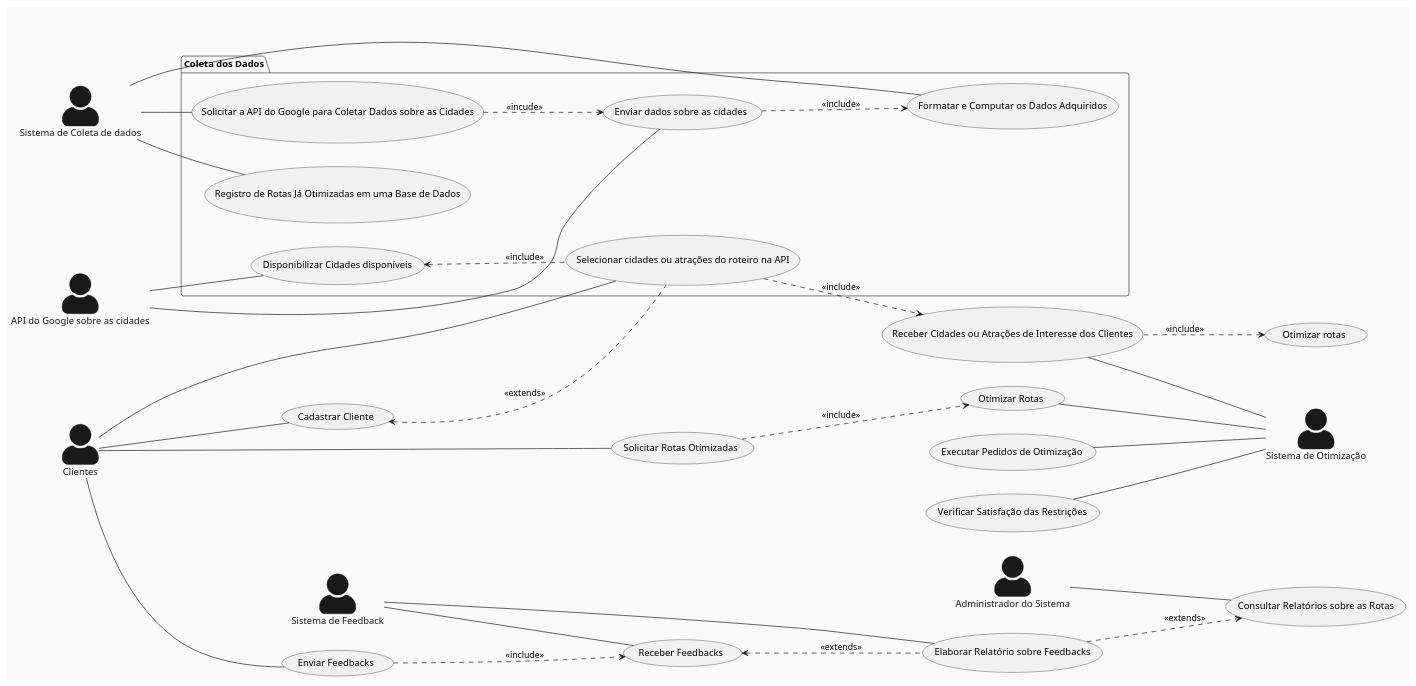
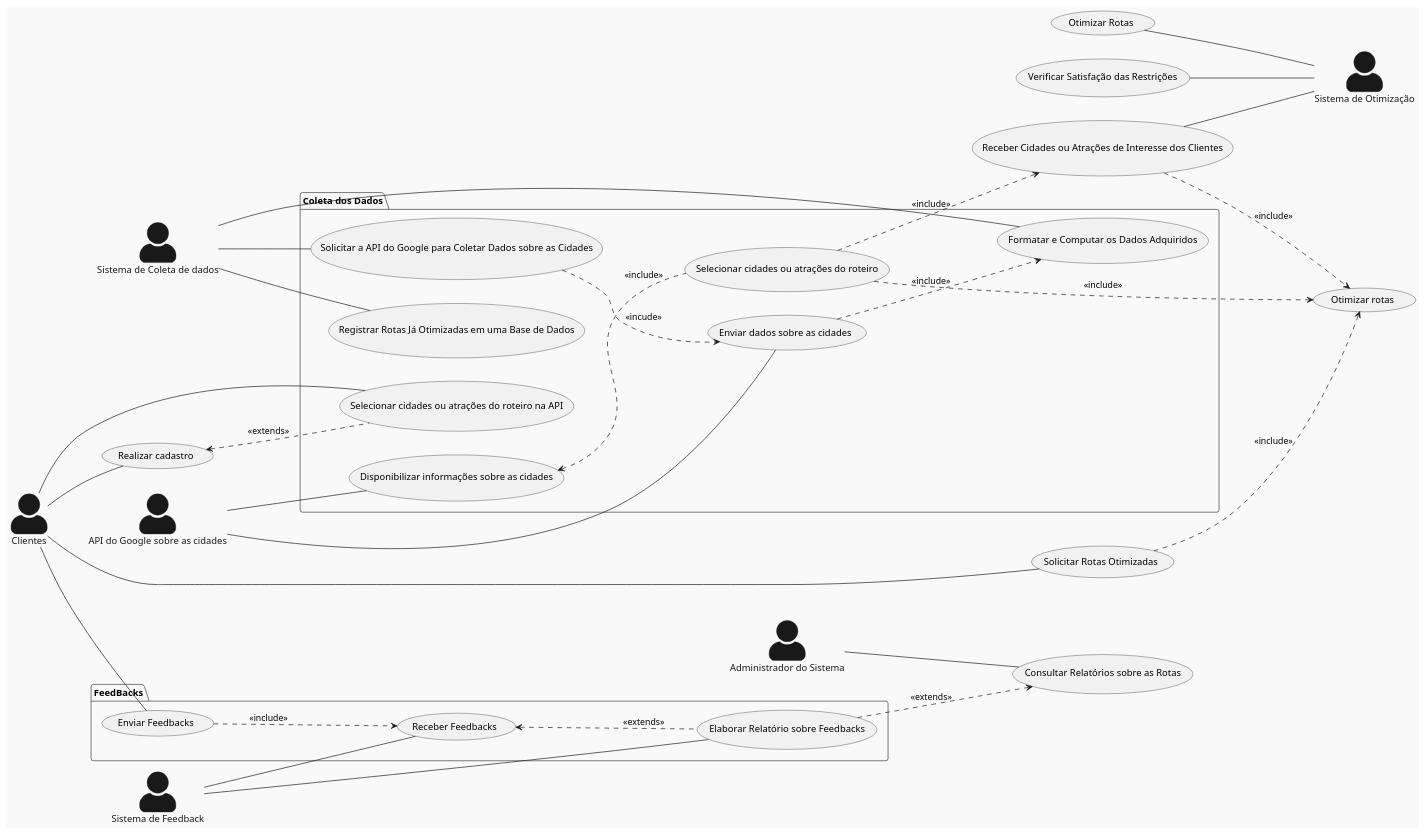
The diagram in Relatório/Semana-1/Diagramas/DCU.md (pedrodilallo/site_turismo_SIG), drawn with PlantUML before and after one commit. The commit also changed 1 other file, not shown here.

Commit message:
Mais correções DCU

```diff
--- a/Relatório/Semana-1/Diagramas/DCU.md
+++ b/Relatório/Semana-1/Diagramas/DCU.md
@@ -1,61 +1,67 @@
 @startuml
 skinparam actorStyle awesome
 !theme mars
 left to right direction
 
 actor "Clientes" as cliente
 actor "API do Google sobre as cidades" as API
 actor "Sistema de Otimização" as  otimizador
 actor "Administrador do Sistema" as sys_admin
 actor "Sistema de Feedback" as feedback
 actor "Sistema de Coleta de dados" as coletador
 
 package "Coleta dos Dados"{
 cliente -- (Selecionar cidades ou atrações do roteiro na API)
 
 coletador -- (Solicitar a API do Google para Coletar Dados sobre as Cidades)
-coletador -- (Registro de Rotas Já Otimizadas em uma Base de Dados)
+coletador -- (Registrar Rotas Já Otimizadas em uma Base de Dados)
 coletador -- (Formatar e Computar os Dados Adquiridos)
 API -- (Enviar dados sobre as cidades)
-API -- (Disponibilizar Cidades disponíveis)
-(Disponibilizar Cidades disponíveis) <.. (Selecionar cidades ou atrações do roteiro na API) : <<include>>
+API -- (Disponibilizar informações sobre as cidades)
+(Disponibilizar informações sobre as cidades) <.. (Selecionar cidades ou atrações do roteiro) : <<include>>
 
 
 }
 
 
-cliente -- (Cadastrar Cliente)
-cliente -- (Enviar Feedbacks)
+cliente -- (Realizar cadastro)
 cliente -- (Solicitar Rotas Otimizadas)
 
-feedback -- (Receber Feedbacks)
-feedback -- (Elaborar Relatório sobre Feedbacks)
 
 
 sys_admin -- (Consultar Relatórios sobre as Rotas)
 
 (Receber Cidades ou Atrações de Interesse dos Clientes) -- otimizador 
 (Otimizar Rotas) -- otimizador 
-(Executar Pedidos de Otimização) -- otimizador 
 (Verificar Satisfação das Restrições) -- otimizador 
-(Solicitar Rotas Otimizadas) ..> (Otimizar Rotas) : <<include>>
+(Solicitar Rotas Otimizadas) ..> (Otimizar rotas) : <<include>>
 
 
 
-(Enviar Feedbacks) ..> (Receber Feedbacks) : <<include>>
-(Receber Feedbacks) <.. (Elaborar Relatório sobre Feedbacks) : <<extends>>
-
-(Elaborar Relatório sobre Feedbacks) ..> (Consultar Relatórios sobre as Rotas) : <<extends>>
-(Cadastrar Cliente) <.. (Selecionar cidades ou atrações do roteiro na API) : <<extends>>
+(Realizar cadastro) <.. (Selecionar cidades ou atrações do roteiro na API) : <<extends>>
 
 (Enviar dados sobre as cidades) ..> (Formatar e Computar os Dados Adquiridos) : <<include>>
-(Selecionar cidades ou atrações do roteiro na API) ..>  (Receber Cidades ou Atrações de Interesse dos Clientes) : <<include>>
+(Selecionar cidades ou atrações do roteiro) ..>  (Receber Cidades ou Atrações de Interesse dos Clientes) : <<include>>
+
+(Selecionar cidades ou atrações do roteiro) ..> (Otimizar rotas): <<include>>
 
 (Receber Cidades ou Atrações de Interesse dos Clientes) ..> (Otimizar rotas): <<include>>
 
 (Solicitar a API do Google para Coletar Dados sobre as Cidades) ..> (Enviar dados sobre as cidades) : <<incude>>
 
+package "FeedBacks"{
+
+(Enviar Feedbacks) ..> (Receber Feedbacks) : <<include>>
+(Receber Feedbacks) <.. (Elaborar Relatório sobre Feedbacks) : <<extends>>
+(Elaborar Relatório sobre Feedbacks) ..> (Consultar Relatórios sobre as Rotas) : <<extends>>
+cliente -- (Enviar Feedbacks)
+feedback -- (Receber Feedbacks)
+feedback -- (Elaborar Relatório sobre Feedbacks)
+
+
+
+}
 
 
 
 @enduml
```
